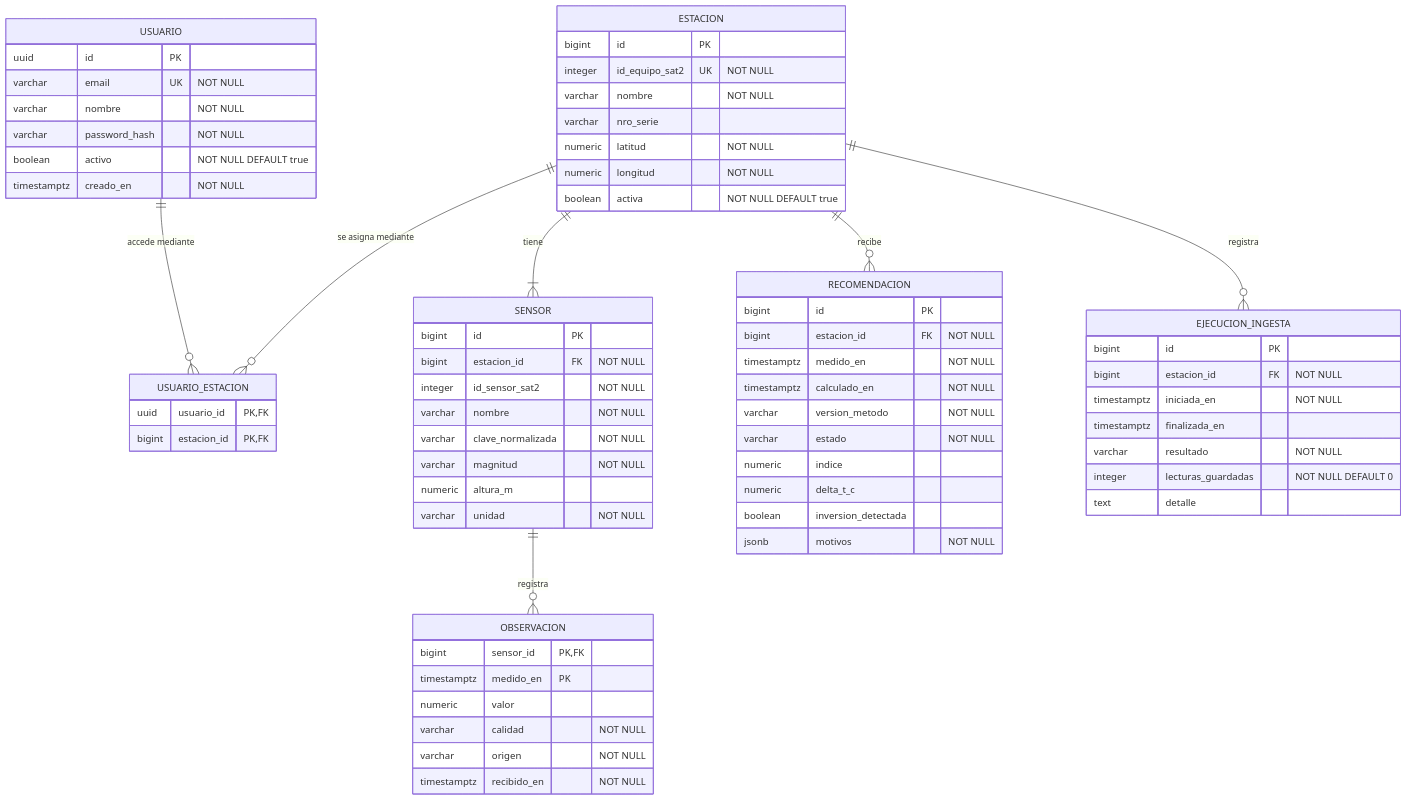
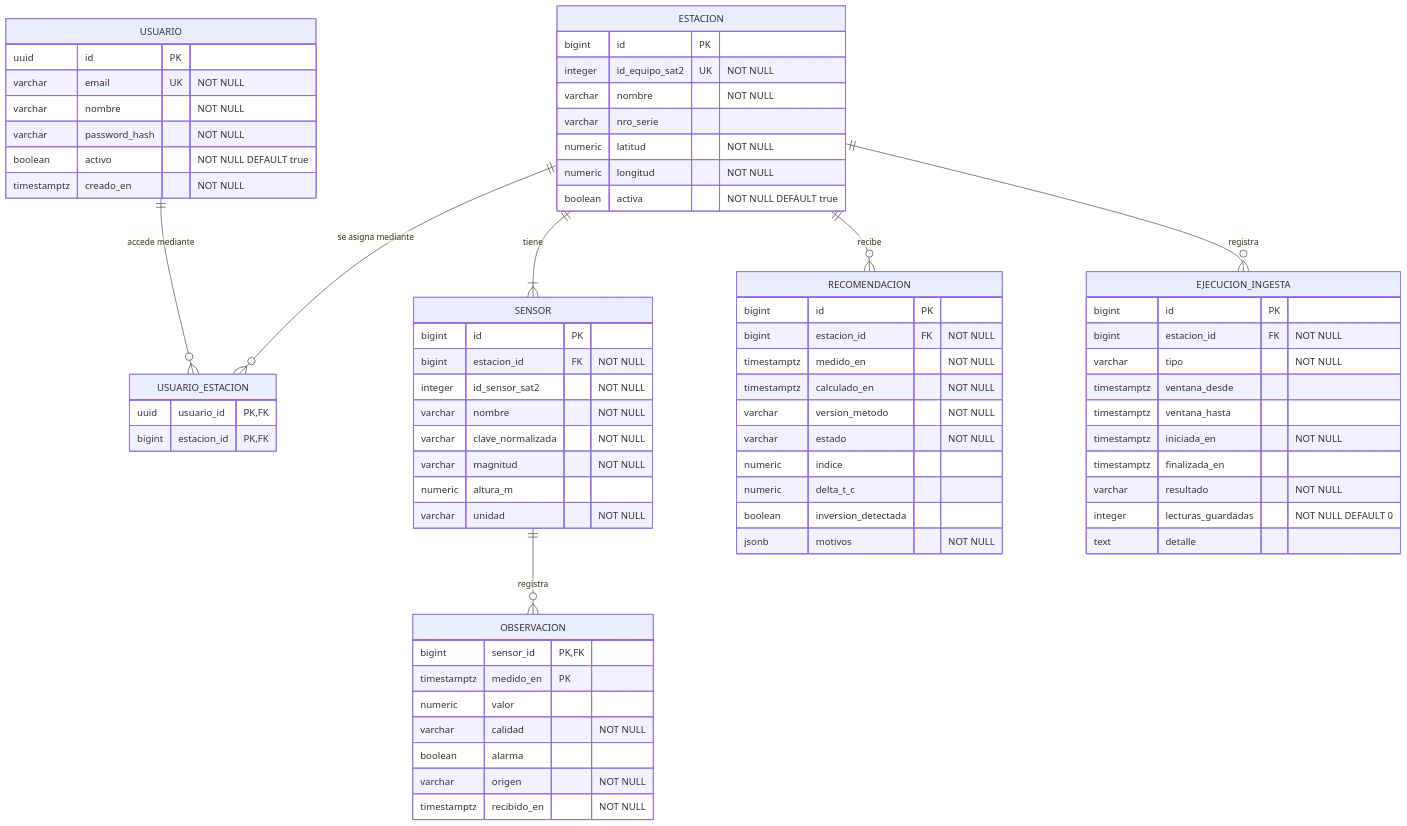
The fifth of 5 diagrams in readme.md (LIDR-academy-temp/AI4Devs-finalproject), drawn with Mermaid before and after one commit. The commit also changed other lines of this file and 15 other files, not shown here.

````diff
--- a/readme.md
+++ b/readme.md
@@ -347,70 +347,74 @@
 ```mermaid
 erDiagram
     USUARIO ||--o{ USUARIO_ESTACION : "accede mediante"
     ESTACION ||--o{ USUARIO_ESTACION : "se asigna mediante"
     ESTACION ||--|{ SENSOR : "tiene"
     SENSOR ||--o{ OBSERVACION : "registra"
     ESTACION ||--o{ RECOMENDACION : "recibe"
     ESTACION ||--o{ EJECUCION_INGESTA : "registra"
 
     USUARIO {
         uuid id PK
         varchar email UK "NOT NULL"
         varchar nombre "NOT NULL"
         varchar password_hash "NOT NULL"
         boolean activo "NOT NULL DEFAULT true"
         timestamptz creado_en "NOT NULL"
     }
     ESTACION {
         bigint id PK
         integer id_equipo_sat2 UK "NOT NULL"
         varchar nombre "NOT NULL"
         varchar nro_serie
         numeric latitud "NOT NULL"
         numeric longitud "NOT NULL"
         boolean activa "NOT NULL DEFAULT true"
     }
     USUARIO_ESTACION {
         uuid usuario_id PK, FK
         bigint estacion_id PK, FK
     }
     SENSOR {
         bigint id PK
         bigint estacion_id FK "NOT NULL"
         integer id_sensor_sat2 "NOT NULL"
         varchar nombre "NOT NULL"
         varchar clave_normalizada "NOT NULL"
         varchar magnitud "NOT NULL"
         numeric altura_m
         varchar unidad "NOT NULL"
     }
     OBSERVACION {
         bigint sensor_id PK, FK
         timestamptz medido_en PK
         numeric valor
         varchar calidad "NOT NULL"
+        boolean alarma
         varchar origen "NOT NULL"
         timestamptz recibido_en "NOT NULL"
     }
     RECOMENDACION {
         bigint id PK
         bigint estacion_id FK "NOT NULL"
         timestamptz medido_en "NOT NULL"
         timestamptz calculado_en "NOT NULL"
         varchar version_metodo "NOT NULL"
         varchar estado "NOT NULL"
         numeric indice
         numeric delta_t_c
         boolean inversion_detectada
         jsonb motivos "NOT NULL"
     }
     EJECUCION_INGESTA {
         bigint id PK
         bigint estacion_id FK "NOT NULL"
+        varchar tipo "NOT NULL"
+        timestamptz ventana_desde
+        timestamptz ventana_hasta
         timestamptz iniciada_en "NOT NULL"
         timestamptz finalizada_en
         varchar resultado "NOT NULL"
         integer lecturas_guardadas "NOT NULL DEFAULT 0"
         text detalle
     }
 ```
````
